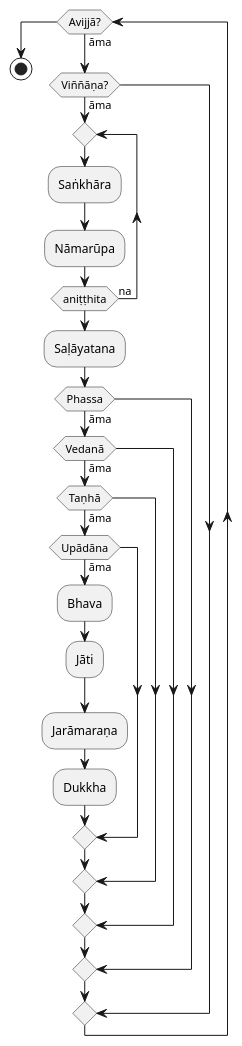
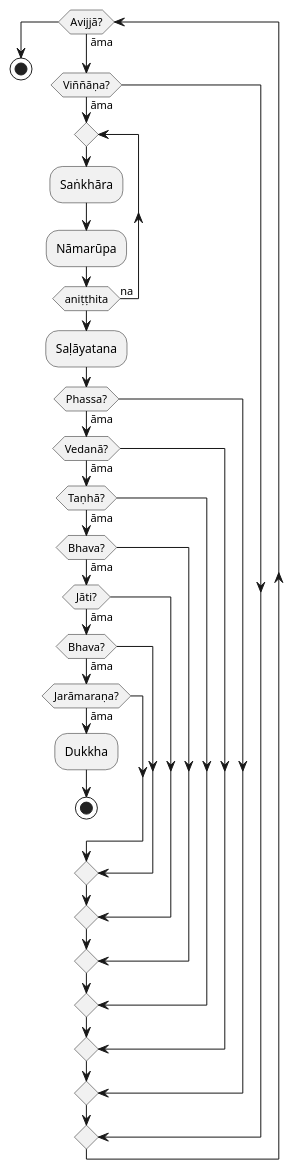
Before and after one commit to santidhammo/dependent-origination-plantuml: the diagram in dependent-origination.plantuml, drawn with PlantUML.

Commit message:
Found a way to get Dukkha as a result, not as input for another cycle

```diff
--- a/dependent-origination.plantuml
+++ b/dependent-origination.plantuml
@@ -1,32 +1,36 @@
 @startuml
 
 while (Avijjā?)              is (āma)
 if    (Viññāṇa?)             then (āma)
 
 repeat
     :Saṅkhāra;
     :Nāmarūpa;
 repeat while (aniṭṭhita) is (na)
 :Saḷāyatana;
 
+if    (Phassa?)              then (āma)
+if    (Vedanā?)              then (āma)
+if    (Taṇhā?)               then (āma)
+if    (Bhava?)               then (āma)
+if    (Jāti?)                then (āma)
+if    (Bhava?)               then (āma)
+if    (Jarāmaraṇa?)          then (āma)
 
-if    (Phassa)               then (āma)
-if    (Vedanā)               then (āma)
-if    (Taṇhā)                then (āma)
-if    (Upādāna)              then (āma)
+:Dukkha;
+stop
 
-:Bhava;
-:Jāti;
-:Jarāmaraṇa;
-:Dukkha;
-    
 endif
 endif
 endif
 endif
 endif
+endif
+endif
+endif
+
 endwhile
 
 stop
     
 @enduml
```
